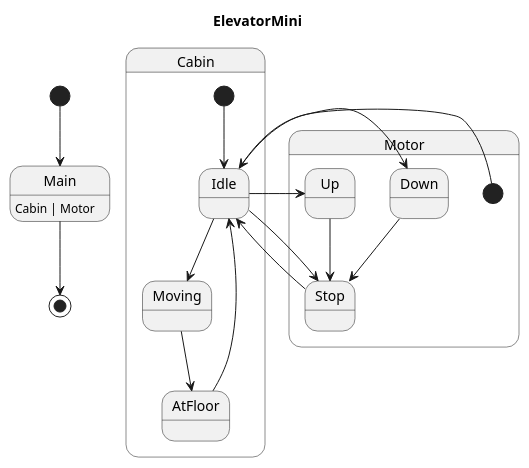
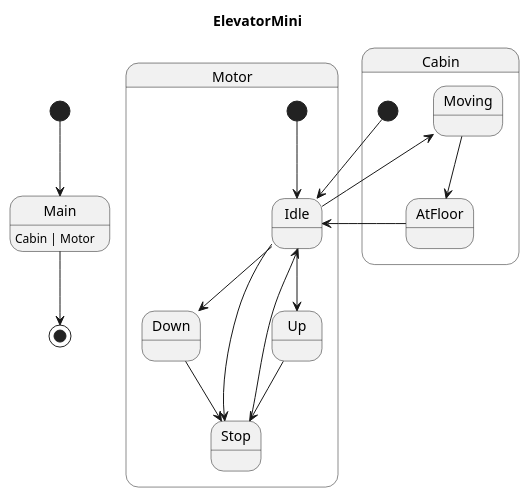
The diagram in examples/generated/plantuml/elevator_mini.puml (Pastor/Takt), drawn with PlantUML before and after one commit. The commit also changed other lines of this file and 15 other files, not shown here.

```diff
--- a/examples/generated/plantuml/elevator_mini.puml
+++ b/examples/generated/plantuml/elevator_mini.puml
@@ -1,25 +1,25 @@
 @startuml
 title ElevatorMini
 
 [*] --> Main
 Main : Cabin | Motor
 Main --> [*]
-
-state Cabin {
-    [*] --> Idle
-    Idle --> Moving
-    Moving --> AtFloor
-    AtFloor --> Idle
-}
 
 state Motor {
     [*] --> Idle
     Down --> Stop
     Stop --> Idle
     Idle --> Up
     Idle --> Down
     Idle --> Stop
     Up --> Stop
 }
 
+state Cabin {
+    [*] --> Idle
+    Idle --> Moving
+    AtFloor --> Idle
+    Moving --> AtFloor
+}
+
 @enduml
```
